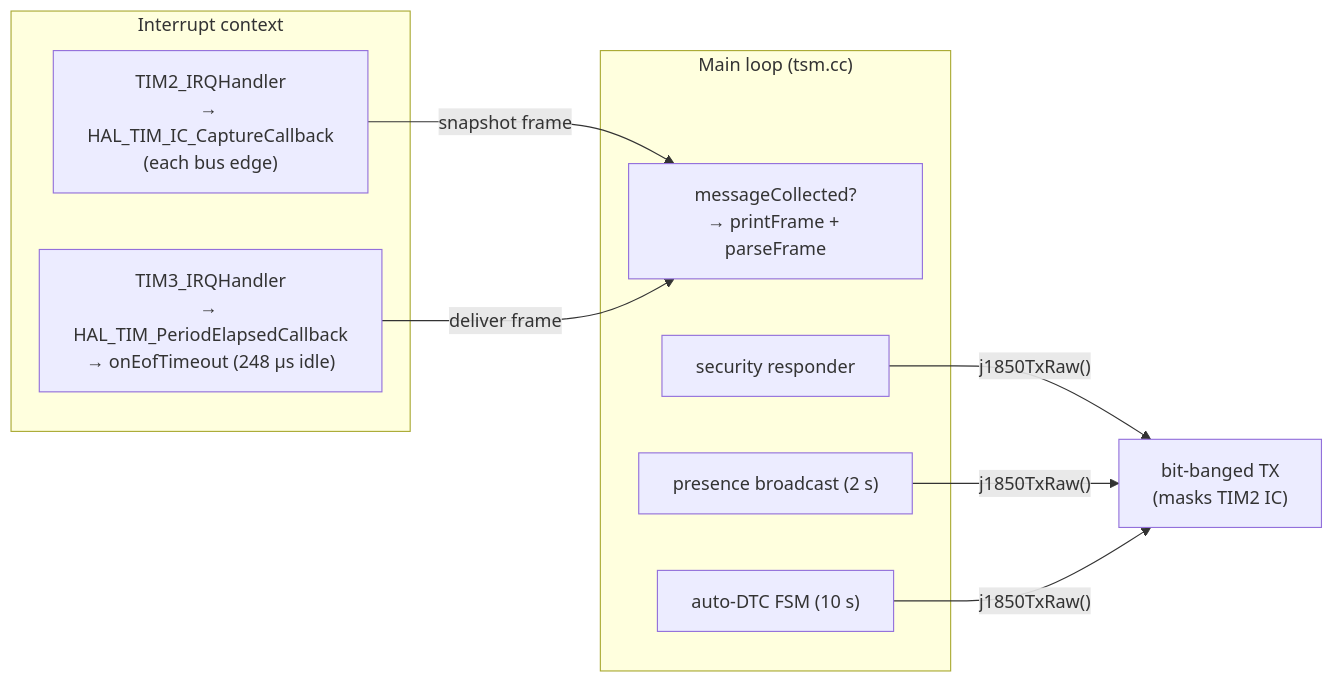
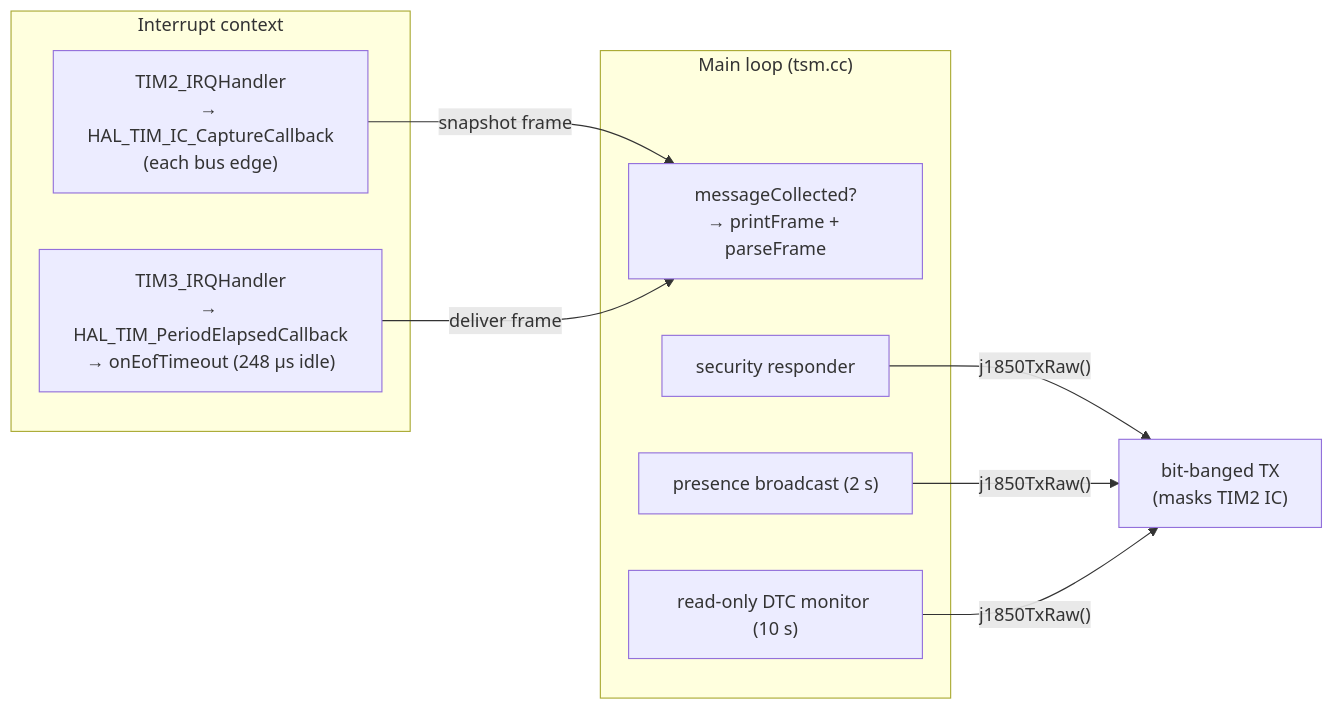
One commit to Pugnator/TSM32 changed the fifth of 5 diagrams in docs/J1850_bus.md. Above: the diagram before and after it, drawn with Mermaid. The commit also changed other lines of this file and 19 other files, not shown here.

````diff
--- a/docs/J1850_bus.md
+++ b/docs/J1850_bus.md
@@ -261,16 +258,16 @@
 ```mermaid
 flowchart LR
     subgraph IRQ["Interrupt context"]
       T2["TIM2_IRQHandler<br/>→ HAL_TIM_IC_CaptureCallback<br/>(each bus edge)"]
       T3["TIM3_IRQHandler<br/>→ HAL_TIM_PeriodElapsedCallback<br/>→ onEofTimeout (248 µs idle)"]
     end
     subgraph MAIN["Main loop (tsm.cc)"]
       M1["messageCollected?<br/>→ printFrame + parseFrame"]
       M2["security responder"]
       M3["presence broadcast (2 s)"]
-      M4["auto‑DTC FSM (10 s)"]
+      M4["read-only DTC monitor (10 s)"]
     end
     T2 -->|"snapshot frame"| M1
     T3 -->|"deliver frame"| M1
     M2 & M3 & M4 -->|"j1850TxRaw()"| TXP["bit‑banged TX<br/>(masks TIM2 IC)"]
 ```
````
